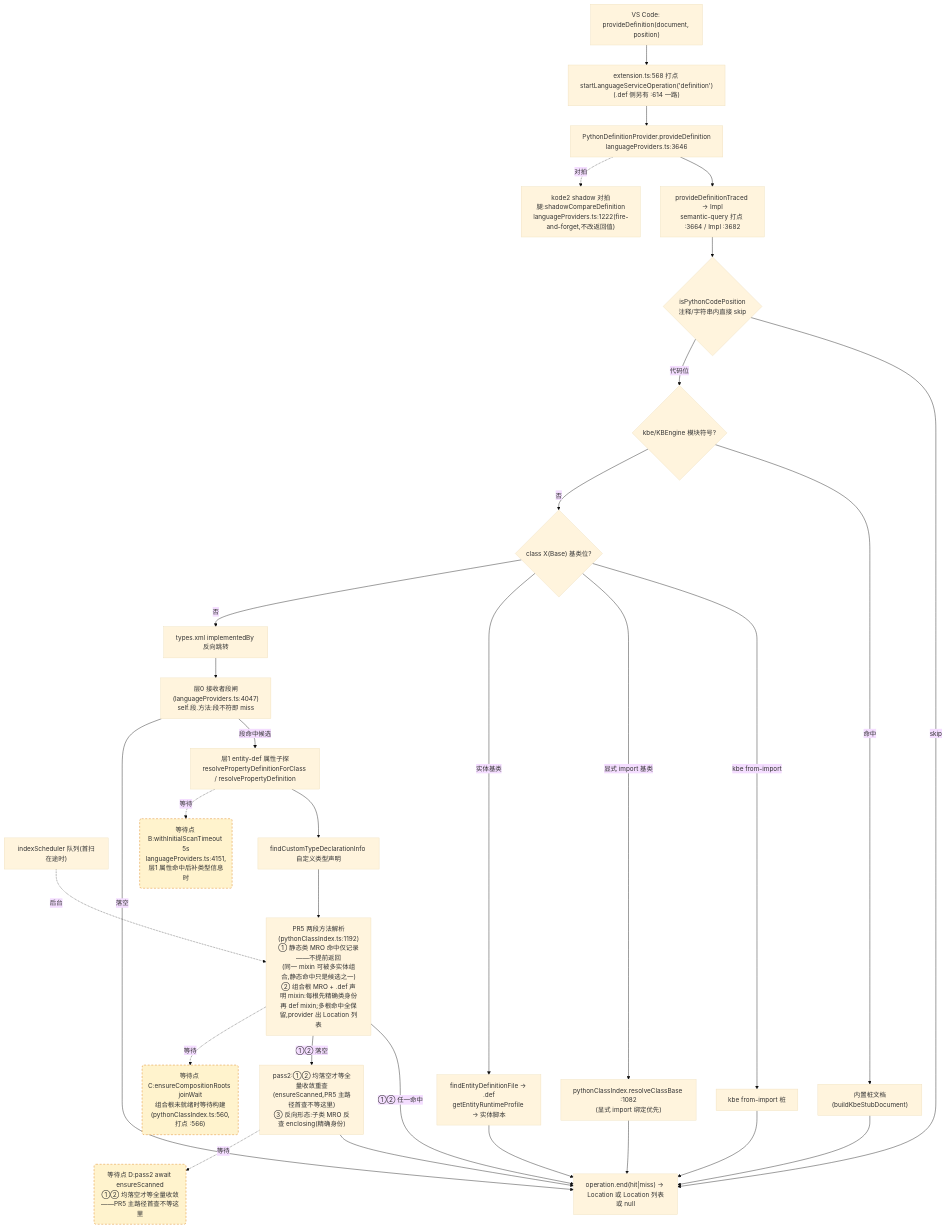
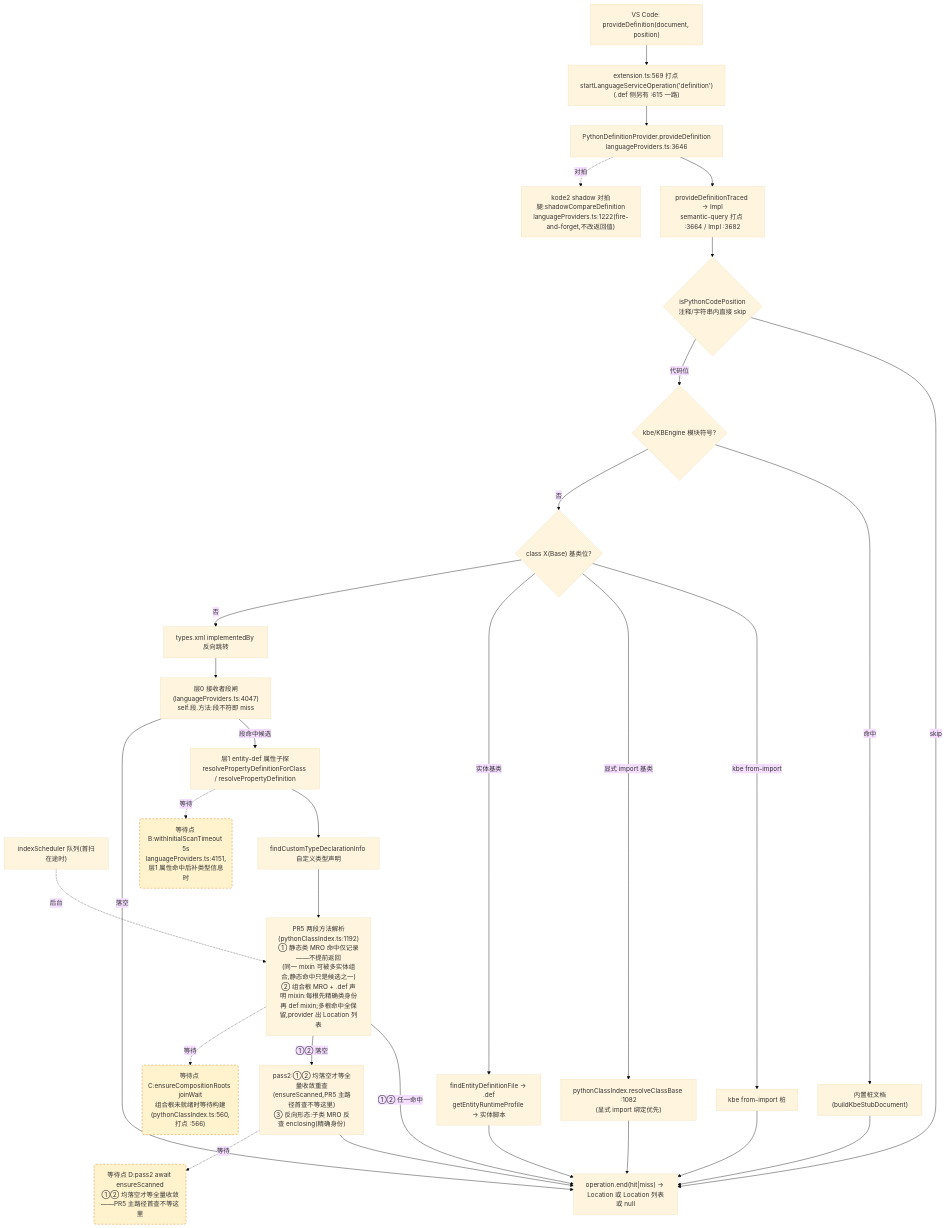
The second of 4 diagrams in docs/perf/2026-baseline.md (cuihairu/kode), drawn with Mermaid (base theme) before and after one commit. The commit also changed other lines of this file and 6 other files, not shown here.

````diff
--- a/docs/perf/2026-baseline.md
+++ b/docs/perf/2026-baseline.md
@@ -130,51 +130,51 @@
 ```mermaid
 flowchart TD
   VC2["VS Code: provideDefinition(document, position)"]
-  M2["extension.ts:568 打点 startLanguageServiceOperation('definition')<br/>(.def 侧另有 :614 一路)"]
+  M2["extension.ts:569 打点 startLanguageServiceOperation('definition')<br/>(.def 侧另有 :615 一路)"]
   AD2["PythonDefinitionProvider.provideDefinition<br/>languageProviders.ts:3646"]
   TR["provideDefinitionTraced → Impl<br/>semantic-query 打点 :3664 / Impl :3682"]
   CTX{"isPythonCodePosition<br/>注释/字符串内直接 skip"}
   KBE{"kbe/KBEngine 模块符号?"}
   STUB["内置桩文档(buildKbeStubDocument)"]
   CB{"class X(Base) 基类位?"}
   CB1["kbe from-import 桩"]
   CB2["pythonClassIndex.resolveClassBase :1082<br/>(显式 import 绑定优先)"]
   CB3["findEntityDefinitionFile → .def<br/>getEntityRuntimeProfile → 实体脚本"]
   REV["types.xml implementedBy 反向跳转"]
   L0["层0 接收者段闸(languageProviders.ts:4047)<br/>self.段.方法:段不符即 miss"]
   L1["层1 entity-def 属性子探<br/>resolvePropertyDefinitionForClass / resolvePropertyDefinition"]
   SCAN["indexScheduler 队列(首扫在途时)"]
   TY["findCustomTypeDeclarationInfo 自定义类型声明"]
   MRO["PR5 两段方法解析(pythonClassIndex.ts:1192)<br/>① 静态类 MRO 命中仅记录——不提前返回<br/>(同一 mixin 可被多实体组合,静态命中只是候选之一)<br/>② 组合根 MRO + .def 声明 mixin:每根先精确类身份<br/>再 def mixin;多根命中全保留,provider 出 Location 列表"]
   PASS2["pass2:①② 均落空才等全量收敛重查<br/>(ensureScanned,PR5 主路径首查不等这里)<br/>③ 反向形态:子类 MRO 反查 enclosing(精确身份)"]
   SHD["kode2 shadow 对拍腿:shadowCompareDefinition<br/>languageProviders.ts:1222(fire-and-forget,不改返回值)"]
   END2["operation.end(hit|miss) → Location 或 Location 列表或 null"]
 
   VC2 --> M2 --> AD2 --> TR --> CTX
   CTX -- "skip" --> END2
   CTX -- "代码位" --> KBE
   KBE -- "命中" --> STUB --> END2
   KBE -- "否" --> CB
   CB -- "kbe from-import" --> CB1 --> END2
   CB -- "显式 import 基类" --> CB2 --> END2
   CB -- "实体基类" --> CB3 --> END2
   CB -- "否" --> REV --> L0
   L0 -- "段命中候选" --> L1
   L0 -- "落空" --> END2
   L1 --> TY
   TY --> MRO
   MRO -- "①② 任一命中" --> END2
   MRO -- "①② 落空" --> PASS2 --> END2
   AD2 -.->|对拍| SHD
 
   WAITB("等待点 B:withInitialScanTimeout 5s<br/>languageProviders.ts:4151,层1 属性命中后补类型信息时")
   WAITC("等待点 C:ensureCompositionRoots joinWait<br/>组合根未就绪时等待构建(pythonClassIndex.ts:560,打点 :566)")
   WAITD("等待点 D:pass2 await ensureScanned<br/>①② 均落空才等全量收敛——PR5 主路径首查不等这里")
   L1 -.->|等待| WAITB
   MRO -.->|等待| WAITC
   PASS2 -.->|等待| WAITD
   SCAN -.->|后台| MRO
 
   classDef waitPoint fill:#fff3cd,stroke:#d97706,stroke-dasharray:5 4;
   class WAITB,WAITC,WAITD waitPoint;
 ```
````
